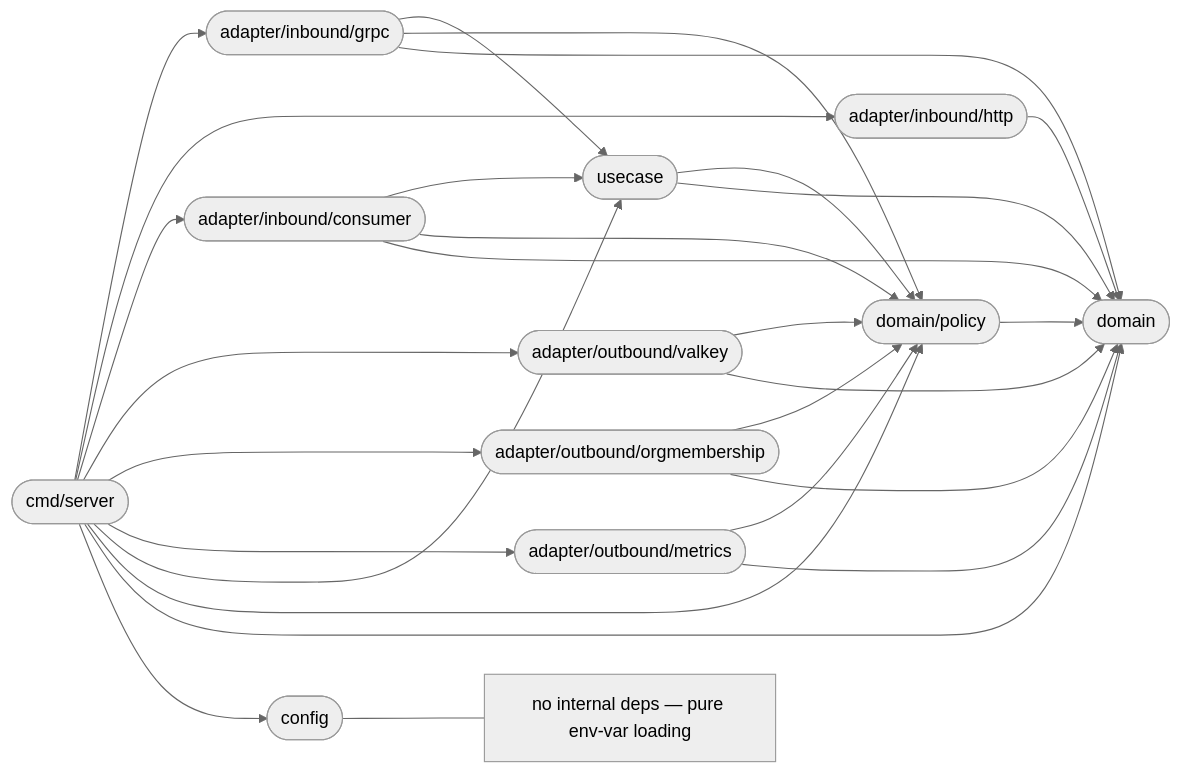
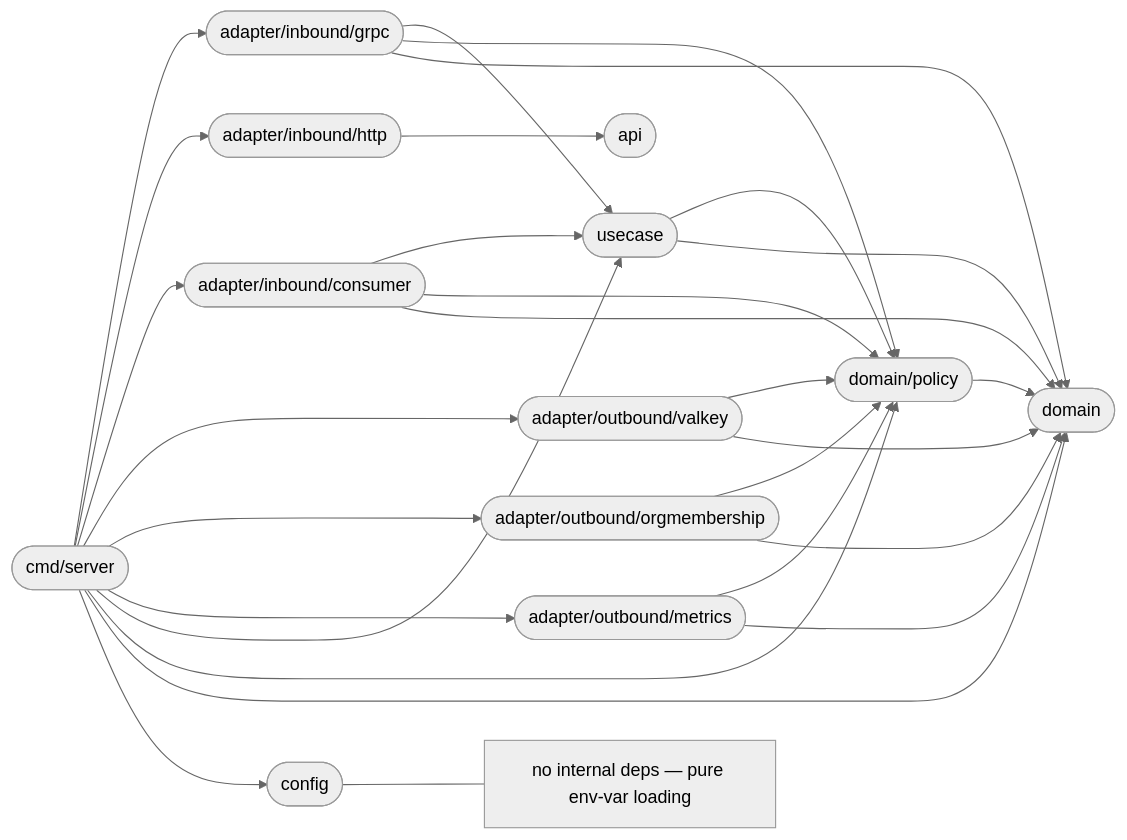
One commit to BCBP-SOLUTIONS-FZC-LLC/iam-authz-enrichment changed the second of 7 diagrams in ARCHITECTURE.md. Above: the diagram before and after it, drawn with Mermaid (neutral theme). The commit also changed other lines of this file and 53 other files, not shown here.

````diff
--- a/ARCHITECTURE.md
+++ b/ARCHITECTURE.md
@@ -88,32 +88,33 @@
 ```mermaid
 graph LR
     cmd(["cmd/server"])
     grpc(["adapter/inbound/grpc"])
     http(["adapter/inbound/http"])
     consumer(["adapter/inbound/consumer"])
     valkey(["adapter/outbound/valkey"])
     orgmembership(["adapter/outbound/orgmembership"])
     metrics(["adapter/outbound/metrics"])
     usecase(["usecase"])
     policy(["domain/policy"])
     domain(["domain"])
     config(["config"])
+    api(["api"])
 
     cmd --> grpc & http & consumer
     cmd --> valkey & orgmembership & metrics
     cmd --> usecase & policy & domain & config
 
     grpc --> usecase & policy & domain
     consumer --> usecase & policy & domain
-    http --> domain
+    http --> api
 
     usecase --> policy & domain
 
     valkey --> policy & domain
     orgmembership --> policy & domain
     metrics --> policy & domain
 
     policy --> domain
 
     config --- config_note["no internal deps — pure env-var loading"]
 ```
````
